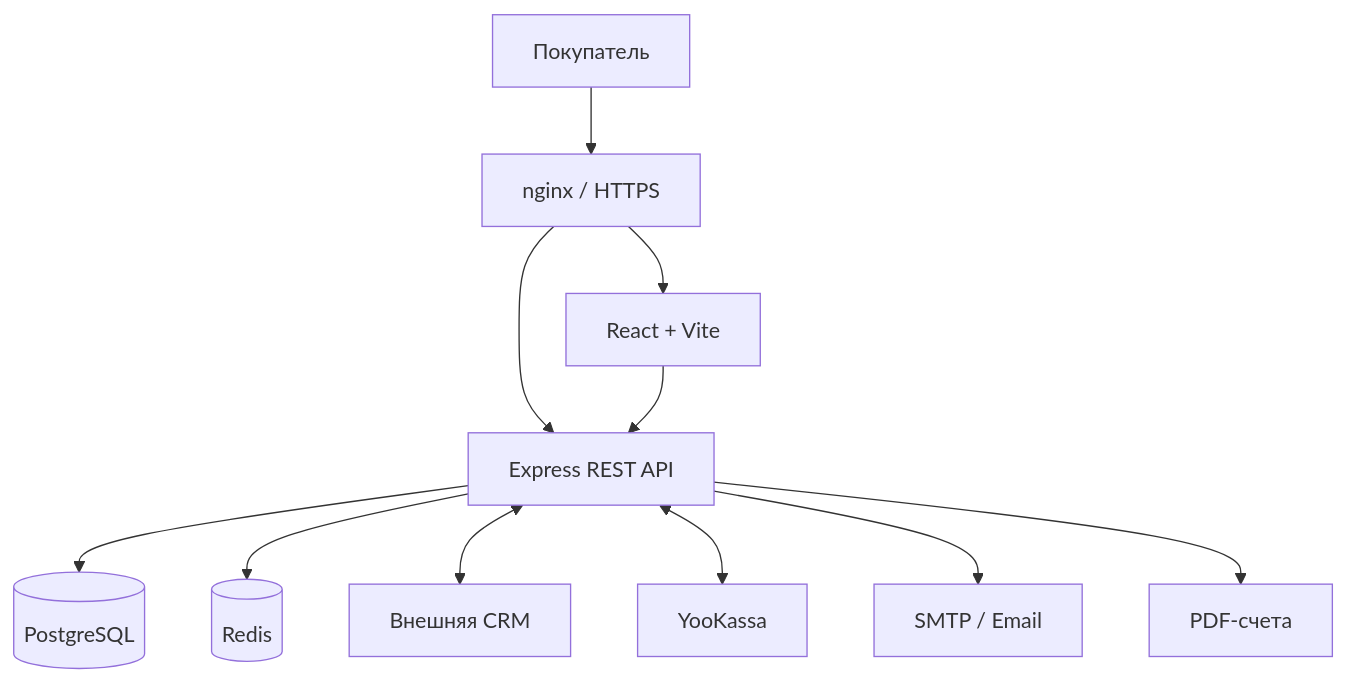
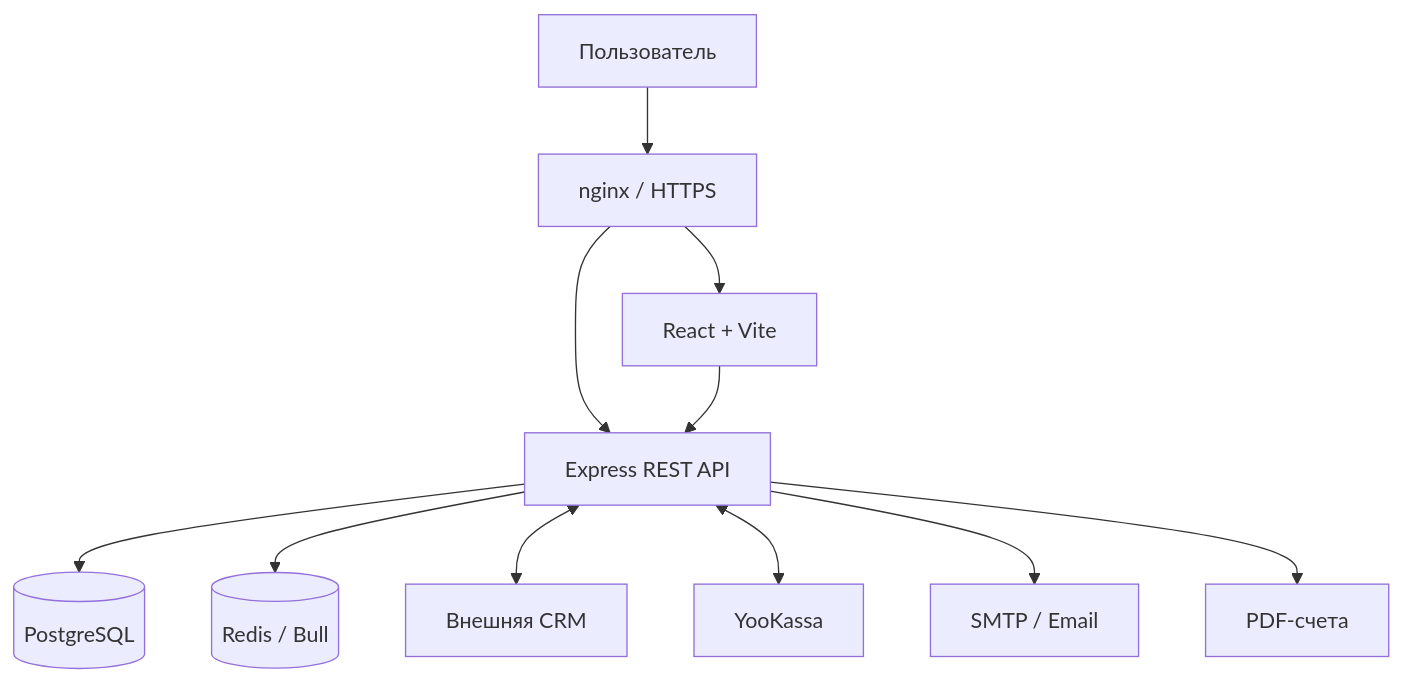
One commit to Mikhail1708/swapservice38-website changed the diagram in README.md. Above: the diagram before and after it, drawn with Mermaid. The commit also changed other lines of this file, not shown here.

````diff
--- a/README.md
+++ b/README.md
@@ -84,15 +134,16 @@
 ```mermaid
 flowchart TD
-    U["Покупатель"] --> N["nginx / HTTPS"]
-    N --> F["React + Vite"]
-    N --> B["Express REST API"]
-    F --> B
+    User["Пользователь"] --> Nginx["nginx / HTTPS"]
+    Nginx --> Frontend["React + Vite"]
+    Nginx --> Backend["Express REST API"]
+    Frontend --> Backend
 
-    B --> DB[("PostgreSQL")]
-    B --> R[("Redis")]
-    B <--> CRM["Внешняя CRM"]
+    Backend --> PostgreSQL[("PostgreSQL")]
+    Backend --> Redis[("Redis / Bull")]
 
-    B <--> PAY["YooKassa"]
-    B --> MAIL["SMTP / Email"]
-    B --> PDF["PDF-счета"]
+    Backend <--> CRM["Внешняя CRM"]
+    Backend <--> YooKassa["YooKassa"]
+
+    Backend --> Email["SMTP / Email"]
+    Backend --> PDF["PDF-счета"]
 ```
````
